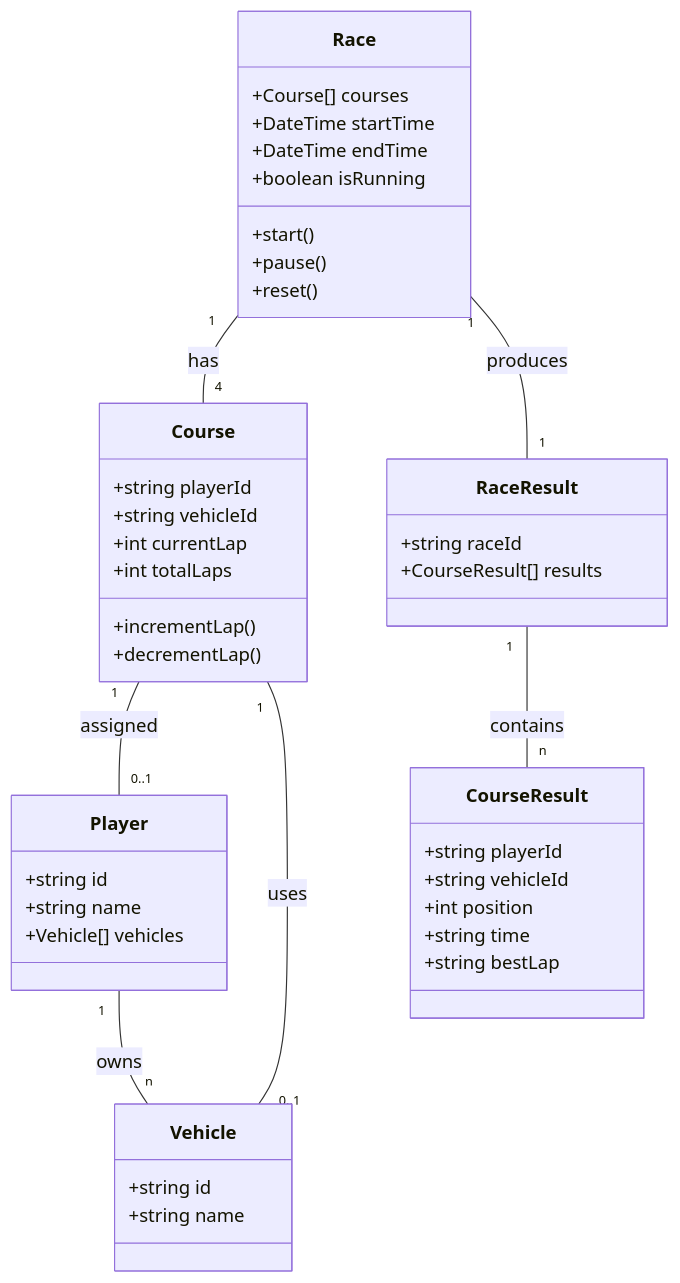
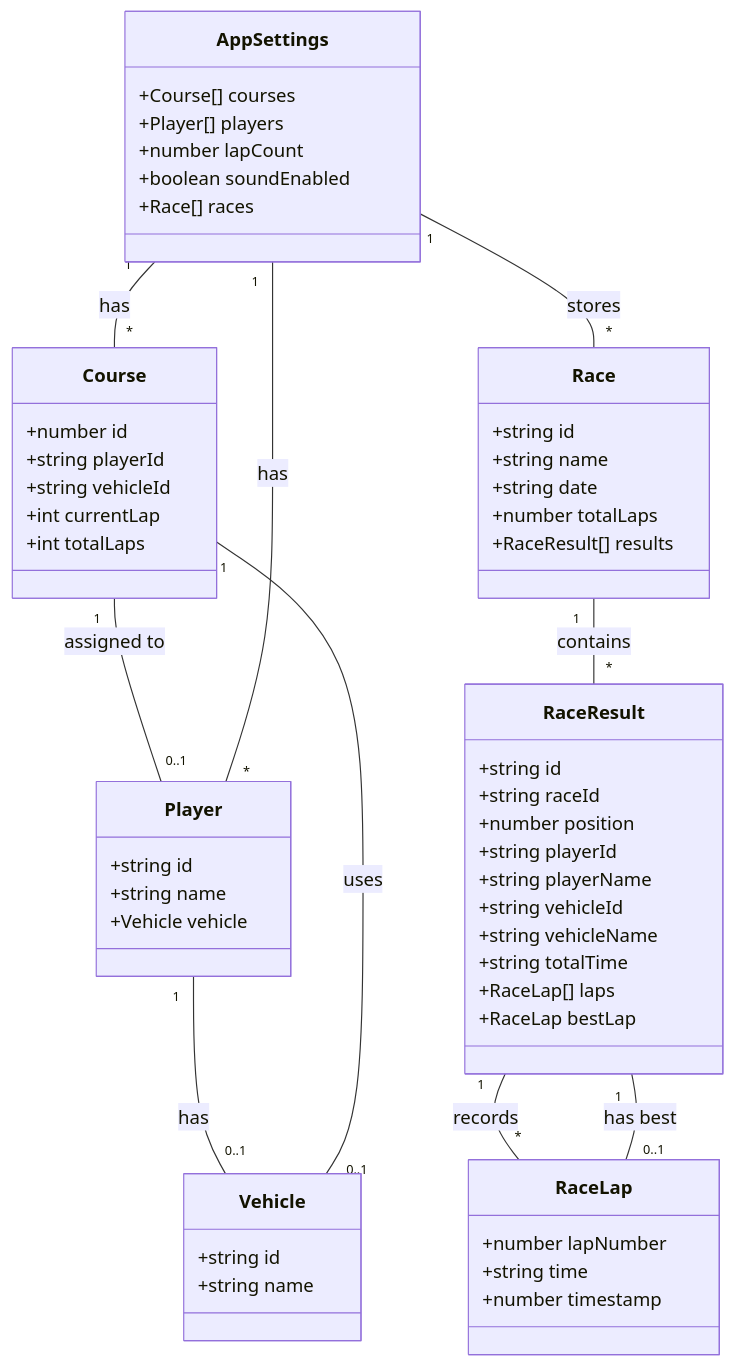
The eighth of 8 diagrams in README.md (YakiFrog/yonku-counter-ui), drawn with Mermaid before and after one commit. The commit also changed other lines of this file and 3 other files, not shown here.

````diff
--- a/README.md
+++ b/README.md
@@ -115,52 +458,66 @@
 ```mermaid
 classDiagram
     class Player {
         +string id
         +string name
-        +Vehicle[] vehicles
+        +Vehicle vehicle
     }
     
     class Vehicle {
         +string id
         +string name
     }
     
     class Course {
+        +number id
         +string playerId
         +string vehicleId
         +int currentLap
         +int totalLaps
-        +incrementLap()
-        +decrementLap()
+    }
+    
+    class RaceLap {
+        +number lapNumber
+        +string time
+        +number timestamp
+    }
+    
+    class RaceResult {
+        +string id
+        +string raceId
+        +number position
+        +string playerId
+        +string playerName
+        +string vehicleId
+        +string vehicleName
+        +string totalTime
+        +RaceLap[] laps
+        +RaceLap bestLap
     }
     
     class Race {
-        +Course[] courses
-        +DateTime startTime
-        +DateTime endTime
-        +boolean isRunning
-        +start()
-        +pause()
-        +reset()
+        +string id
+        +string name
+        +string date
+        +number totalLaps
+        +RaceResult[] results
     }
     
-    class RaceResult {
-        +string raceId
-        +CourseResult[] results
+    class AppSettings {
+        +Course[] courses
+        +Player[] players
+        +number lapCount
+        +boolean soundEnabled
+        +Race[] races
     }
     
-    class CourseResult {
-        +string playerId
-        +string vehicleId
-        +int position
-        +string time
-        +string bestLap
-    }
-    
-    Player "1" -- "n" Vehicle : owns
-    Course "1" -- "0..1" Player : assigned
+    Player "1" -- "0..1" Vehicle : has
+    Course "1" -- "0..1" Player : assigned to
     Course "1" -- "0..1" Vehicle : uses
-    Race "1" -- "4" Course : has
-    Race "1" -- "1" RaceResult : produces
-    RaceResult "1" -- "n" CourseResult : contains
+    Race "1" -- "*" RaceResult : contains
+    RaceResult "1" -- "*" RaceLap : records
+    RaceResult "1" -- "0..1" RaceLap : has best
+    AppSettings "1" -- "*" Course : has
+    AppSettings "1" -- "*" Player : has
+    AppSettings "1" -- "*" Race : stores
 ```
````
